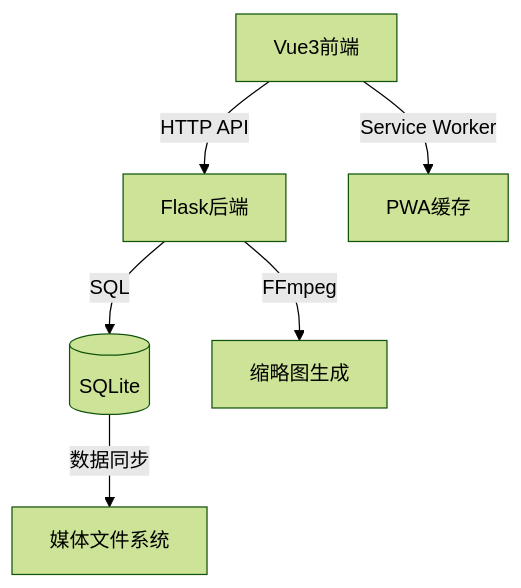
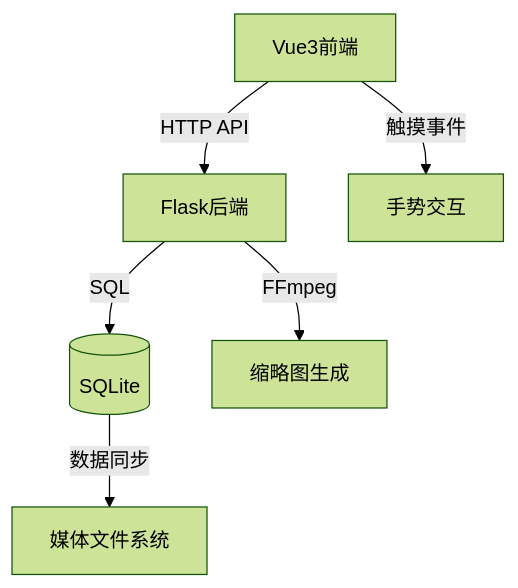
One commit to migumigu/mocaca changed the diagram in README.md. Above: the diagram before and after it, drawn with Mermaid (forest theme). The commit also changed other lines of this file and 2 other files, not shown here.

````diff
--- a/README.md
+++ b/README.md
@@ -23,8 +68,8 @@
 ```mermaid
 graph TD
   A[Vue3前端] -->|HTTP API| B[Flask后端]
   B -->|SQL| C[(SQLite)]
   C -->|数据同步| D[媒体文件系统]
-  A -->|Service Worker| E[PWA缓存]
-  B -->|FFmpeg| F[缩略图生成]
+  B -->|FFmpeg| E[缩略图生成]
+  A -->|触摸事件| F[手势交互]
 ```
````
